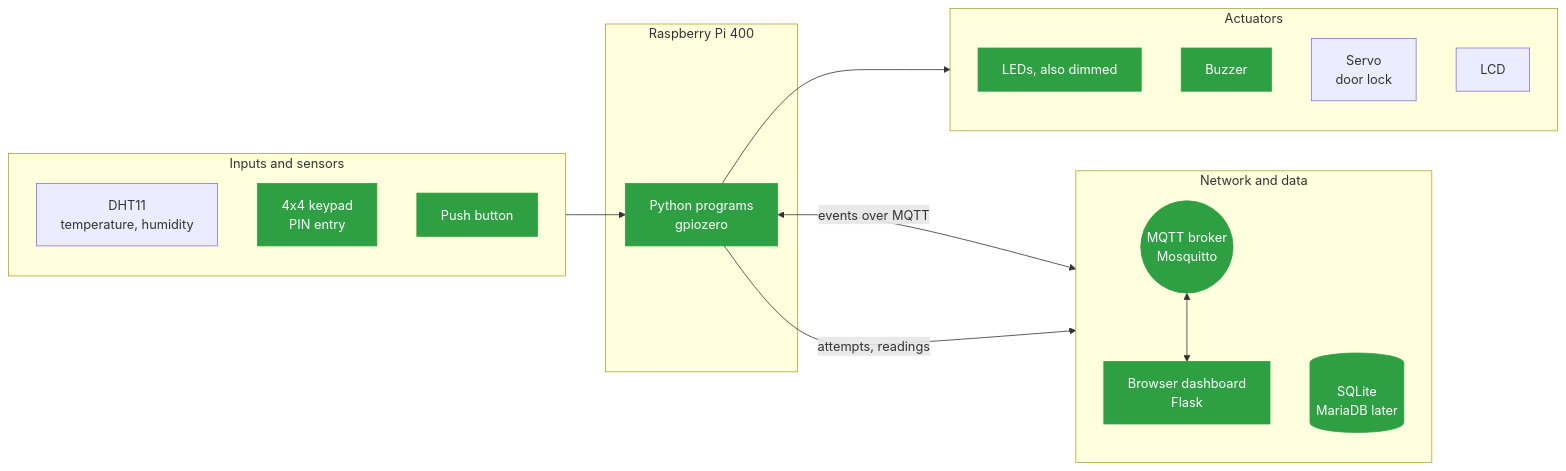
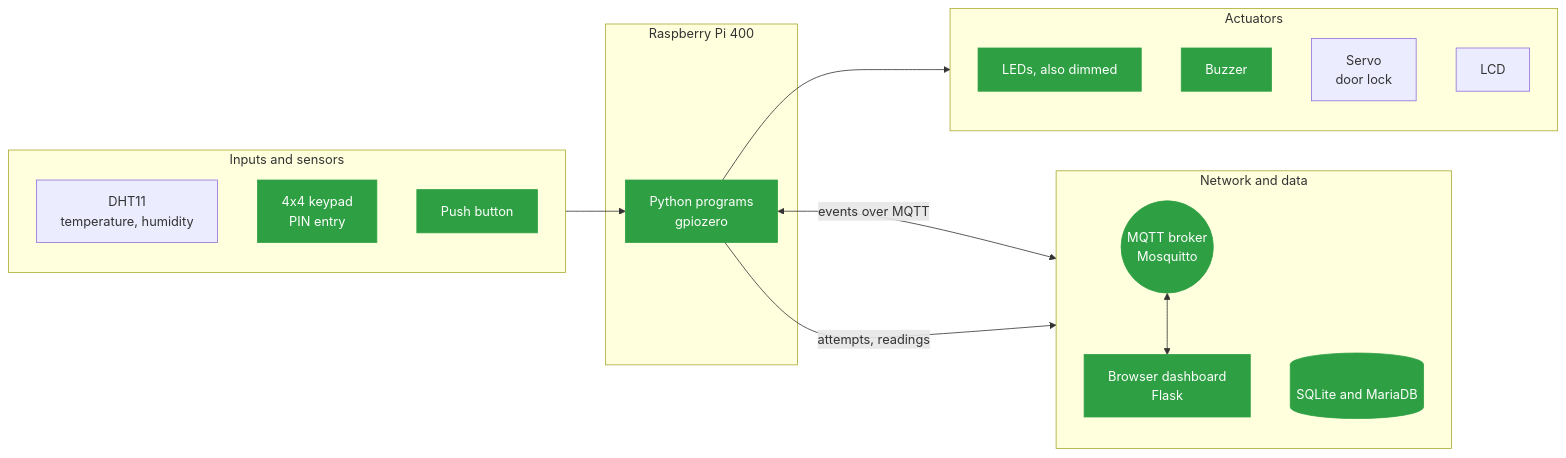
The first of 4 diagrams in README.md (philmay1/lf07-cyber-physische-systeme), drawn with Mermaid before and after one commit. The commit also changed other lines of this file and 42 other files, not shown here.

````diff
--- a/README.md
+++ b/README.md
@@ -115,37 +117,37 @@
 ```mermaid
 flowchart LR
     subgraph sensors["Inputs and sensors"]
         direction TB
         S1["DHT11<br>temperature, humidity"]
         S2["4x4 keypad<br>PIN entry"]
         S3["Push button"]
     end
 
     subgraph pi["Raspberry Pi 400"]
         P["Python programs<br>gpiozero"]
     end
 
     subgraph actuators["Actuators"]
         direction TB
         A1["LEDs, also dimmed"]
         A4["Buzzer"]
         A2["Servo<br>door lock"]
         A3["LCD"]
     end
 
     subgraph net["Network and data"]
         direction TB
         B(("MQTT broker<br>Mosquitto"))
         C["Browser dashboard<br>Flask"]
-        D[("SQLite<br>MariaDB later")]
+        D[("SQLite and MariaDB")]
     end
 
     sensors --> P
     P --> actuators
     P <-->|"events over MQTT"| B
     B <--> C
     P -->|"attempts, readings"| D
 
     classDef done fill:#2ea043,stroke:#2ea043,color:#fff
     class S2,S3,P,A1,A4,B,C,D done
 ```
````
